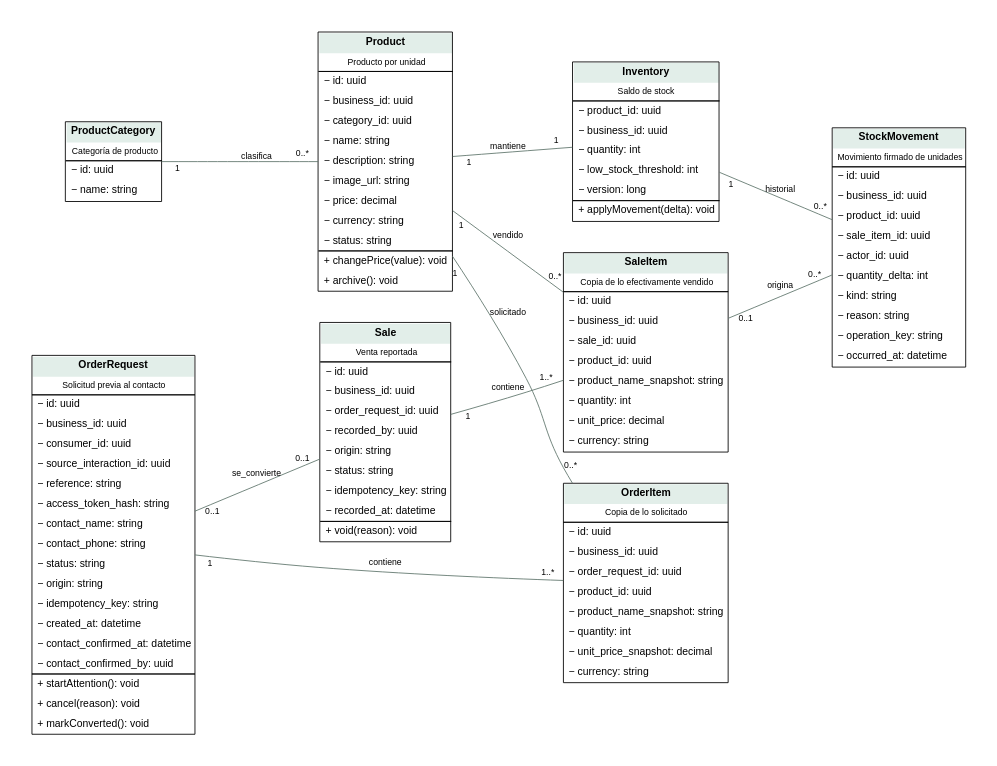
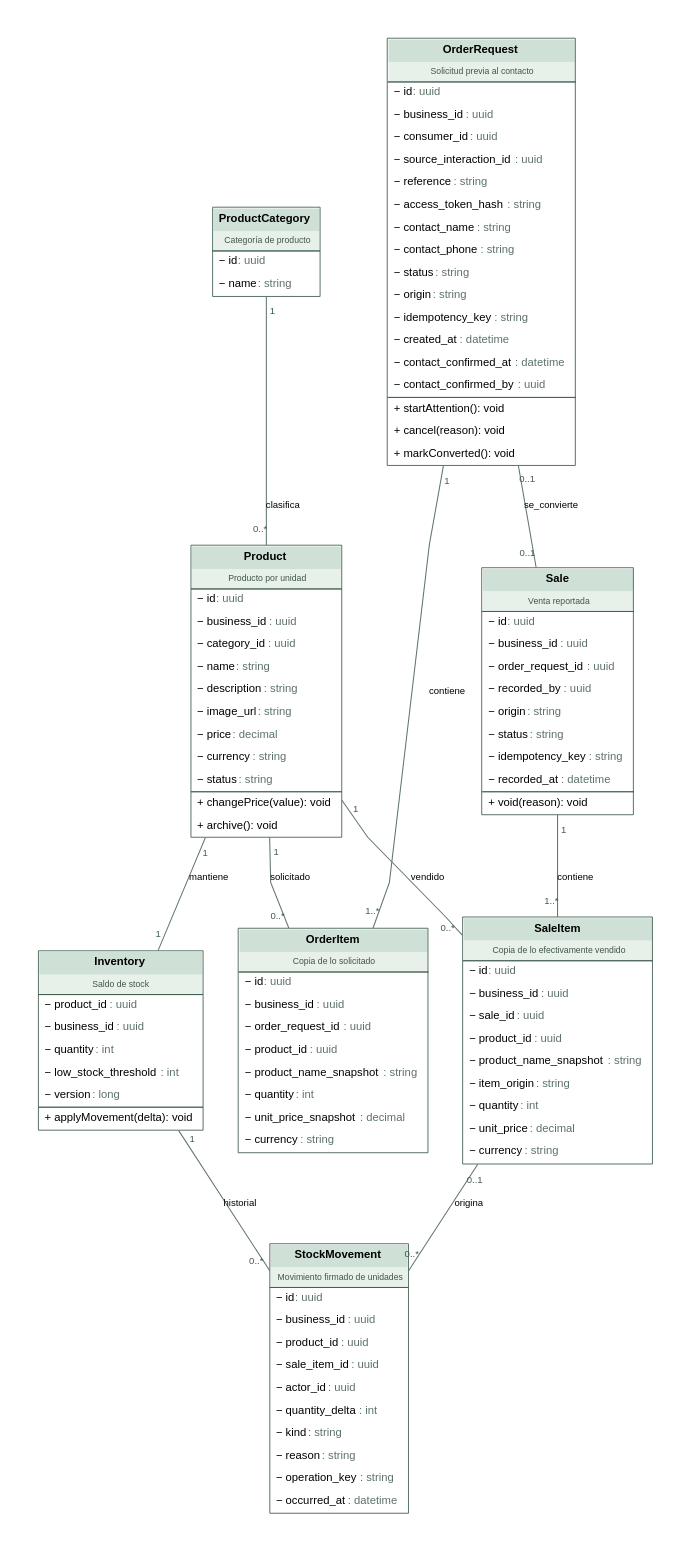
One commit to agustinlopez23/tesis changed the diagram in Doc/model/figures/UML-02-comercio.dot. Above: the diagram before and after it, drawn with Graphviz. The commit also changed 420 other files, not shown here.

```diff
--- a/Doc/model/figures/UML-02-comercio.dot
+++ b/Doc/model/figures/UML-02-comercio.dot
@@ -1,16 +1,16 @@
-digraph G { graph [rankdir=LR,bgcolor="white",pad=0.4,nodesep=0.5,ranksep=1.2]; node [shape=plain,fontname="Arial",fontsize=12]; edge [fontname="Arial",fontsize=10,color="#60756c"]; ProductCategory [label=<<TABLE BORDER="1" CELLBORDER="0" CELLSPACING="0" CELLPADDING="5"><TR><TD BGCOLOR="#e2eee9"><B>ProductCategory</B></TD></TR><TR><TD><FONT POINT-SIZE="10">Categoría de producto</FONT></TD></TR><HR/><TR><TD ALIGN="LEFT">− id: uuid</TD></TR><TR><TD ALIGN="LEFT">− name: string</TD></TR></TABLE>>];
-Product [label=<<TABLE BORDER="1" CELLBORDER="0" CELLSPACING="0" CELLPADDING="5"><TR><TD BGCOLOR="#e2eee9"><B>Product</B></TD></TR><TR><TD><FONT POINT-SIZE="10">Producto por unidad</FONT></TD></TR><HR/><TR><TD ALIGN="LEFT">− id: uuid</TD></TR><TR><TD ALIGN="LEFT">− business_id: uuid</TD></TR><TR><TD ALIGN="LEFT">− category_id: uuid</TD></TR><TR><TD ALIGN="LEFT">− name: string</TD></TR><TR><TD ALIGN="LEFT">− description: string</TD></TR><TR><TD ALIGN="LEFT">− image_url: string</TD></TR><TR><TD ALIGN="LEFT">− price: decimal</TD></TR><TR><TD ALIGN="LEFT">− currency: string</TD></TR><TR><TD ALIGN="LEFT">− status: string</TD></TR><HR/><TR><TD ALIGN="LEFT">+ changePrice(value): void</TD></TR><TR><TD ALIGN="LEFT">+ archive(): void</TD></TR></TABLE>>];
-Inventory [label=<<TABLE BORDER="1" CELLBORDER="0" CELLSPACING="0" CELLPADDING="5"><TR><TD BGCOLOR="#e2eee9"><B>Inventory</B></TD></TR><TR><TD><FONT POINT-SIZE="10">Saldo de stock</FONT></TD></TR><HR/><TR><TD ALIGN="LEFT">− product_id: uuid</TD></TR><TR><TD ALIGN="LEFT">− business_id: uuid</TD></TR><TR><TD ALIGN="LEFT">− quantity: int</TD></TR><TR><TD ALIGN="LEFT">− low_stock_threshold: int</TD></TR><TR><TD ALIGN="LEFT">− version: long</TD></TR><HR/><TR><TD ALIGN="LEFT">+ applyMovement(delta): void</TD></TR></TABLE>>];
-OrderRequest [label=<<TABLE BORDER="1" CELLBORDER="0" CELLSPACING="0" CELLPADDING="5"><TR><TD BGCOLOR="#e2eee9"><B>OrderRequest</B></TD></TR><TR><TD><FONT POINT-SIZE="10">Solicitud previa al contacto</FONT></TD></TR><HR/><TR><TD ALIGN="LEFT">− id: uuid</TD></TR><TR><TD ALIGN="LEFT">− business_id: uuid</TD></TR><TR><TD ALIGN="LEFT">− consumer_id: uuid</TD></TR><TR><TD ALIGN="LEFT">− source_interaction_id: uuid</TD></TR><TR><TD ALIGN="LEFT">− reference: string</TD></TR><TR><TD ALIGN="LEFT">− access_token_hash: string</TD></TR><TR><TD ALIGN="LEFT">− contact_name: string</TD></TR><TR><TD ALIGN="LEFT">− contact_phone: string</TD></TR><TR><TD ALIGN="LEFT">− status: string</TD></TR><TR><TD ALIGN="LEFT">− origin: string</TD></TR><TR><TD ALIGN="LEFT">− idempotency_key: string</TD></TR><TR><TD ALIGN="LEFT">− created_at: datetime</TD></TR><TR><TD ALIGN="LEFT">− contact_confirmed_at: datetime</TD></TR><TR><TD ALIGN="LEFT">− contact_confirmed_by: uuid</TD></TR><HR/><TR><TD ALIGN="LEFT">+ startAttention(): void</TD></TR><TR><TD ALIGN="LEFT">+ cancel(reason): void</TD></TR><TR><TD ALIGN="LEFT">+ markConverted(): void</TD></TR></TABLE>>];
-OrderItem [label=<<TABLE BORDER="1" CELLBORDER="0" CELLSPACING="0" CELLPADDING="5"><TR><TD BGCOLOR="#e2eee9"><B>OrderItem</B></TD></TR><TR><TD><FONT POINT-SIZE="10">Copia de lo solicitado</FONT></TD></TR><HR/><TR><TD ALIGN="LEFT">− id: uuid</TD></TR><TR><TD ALIGN="LEFT">− business_id: uuid</TD></TR><TR><TD ALIGN="LEFT">− order_request_id: uuid</TD></TR><TR><TD ALIGN="LEFT">− product_id: uuid</TD></TR><TR><TD ALIGN="LEFT">− product_name_snapshot: string</TD></TR><TR><TD ALIGN="LEFT">− quantity: int</TD></TR><TR><TD ALIGN="LEFT">− unit_price_snapshot: decimal</TD></TR><TR><TD ALIGN="LEFT">− currency: string</TD></TR></TABLE>>];
-Sale [label=<<TABLE BORDER="1" CELLBORDER="0" CELLSPACING="0" CELLPADDING="5"><TR><TD BGCOLOR="#e2eee9"><B>Sale</B></TD></TR><TR><TD><FONT POINT-SIZE="10">Venta reportada</FONT></TD></TR><HR/><TR><TD ALIGN="LEFT">− id: uuid</TD></TR><TR><TD ALIGN="LEFT">− business_id: uuid</TD></TR><TR><TD ALIGN="LEFT">− order_request_id: uuid</TD></TR><TR><TD ALIGN="LEFT">− recorded_by: uuid</TD></TR><TR><TD ALIGN="LEFT">− origin: string</TD></TR><TR><TD ALIGN="LEFT">− status: string</TD></TR><TR><TD ALIGN="LEFT">− idempotency_key: string</TD></TR><TR><TD ALIGN="LEFT">− recorded_at: datetime</TD></TR><HR/><TR><TD ALIGN="LEFT">+ void(reason): void</TD></TR></TABLE>>];
-SaleItem [label=<<TABLE BORDER="1" CELLBORDER="0" CELLSPACING="0" CELLPADDING="5"><TR><TD BGCOLOR="#e2eee9"><B>SaleItem</B></TD></TR><TR><TD><FONT POINT-SIZE="10">Copia de lo efectivamente vendido</FONT></TD></TR><HR/><TR><TD ALIGN="LEFT">− id: uuid</TD></TR><TR><TD ALIGN="LEFT">− business_id: uuid</TD></TR><TR><TD ALIGN="LEFT">− sale_id: uuid</TD></TR><TR><TD ALIGN="LEFT">− product_id: uuid</TD></TR><TR><TD ALIGN="LEFT">− product_name_snapshot: string</TD></TR><TR><TD ALIGN="LEFT">− quantity: int</TD></TR><TR><TD ALIGN="LEFT">− unit_price: decimal</TD></TR><TR><TD ALIGN="LEFT">− currency: string</TD></TR></TABLE>>];
-StockMovement [label=<<TABLE BORDER="1" CELLBORDER="0" CELLSPACING="0" CELLPADDING="5"><TR><TD BGCOLOR="#e2eee9"><B>StockMovement</B></TD></TR><TR><TD><FONT POINT-SIZE="10">Movimiento firmado de unidades</FONT></TD></TR><HR/><TR><TD ALIGN="LEFT">− id: uuid</TD></TR><TR><TD ALIGN="LEFT">− business_id: uuid</TD></TR><TR><TD ALIGN="LEFT">− product_id: uuid</TD></TR><TR><TD ALIGN="LEFT">− sale_item_id: uuid</TD></TR><TR><TD ALIGN="LEFT">− actor_id: uuid</TD></TR><TR><TD ALIGN="LEFT">− quantity_delta: int</TD></TR><TR><TD ALIGN="LEFT">− kind: string</TD></TR><TR><TD ALIGN="LEFT">− reason: string</TD></TR><TR><TD ALIGN="LEFT">− operation_key: string</TD></TR><TR><TD ALIGN="LEFT">− occurred_at: datetime</TD></TR></TABLE>>]; ProductCategory -> Product [dir=none,taillabel="1",headlabel="0..*",label="clasifica",labeldistance=2];
-Product -> Inventory [dir=none,taillabel="1",headlabel="1",label="mantiene",labeldistance=2];
-OrderRequest -> OrderItem [dir=none,taillabel="1",headlabel="1..*",label="contiene",labeldistance=2];
-Product -> OrderItem [dir=none,taillabel="1",headlabel="0..*",label="solicitado",labeldistance=2];
-OrderRequest -> Sale [dir=none,taillabel="0..1",headlabel="0..1",label="se_convierte",labeldistance=2];
-Sale -> SaleItem [dir=none,taillabel="1",headlabel="1..*",label="contiene",labeldistance=2];
-Product -> SaleItem [dir=none,taillabel="1",headlabel="0..*",label="vendido",labeldistance=2];
-Inventory -> StockMovement [dir=none,taillabel="1",headlabel="0..*",label="historial",labeldistance=2];
-SaleItem -> StockMovement [dir=none,taillabel="0..1",headlabel="0..*",label="origina",labeldistance=2]; }
+digraph G { graph [rankdir=TB,bgcolor="white",pad=0.5,nodesep=0.55,ranksep=1.1,splines=polyline,concentrate=false,fontname="Arial"]; node [shape=plain,fontname="Arial",fontsize=13]; edge [fontname="Arial",fontsize=11,color="#60756c",penwidth=1.2,arrowsize=1.1]; ProductCategory [label=<<TABLE BORDER="1" CELLBORDER="0" CELLSPACING="0" CELLPADDING="6" COLOR="#3f5d4e"><TR><TD BGCOLOR="#cfe0d6"><B>ProductCategory</B></TD></TR><TR><TD BGCOLOR="#e8f0ea"><FONT POINT-SIZE="10" COLOR="#40564a">Categoría de producto</FONT></TD></TR><HR/><TR><TD ALIGN="LEFT">− id<FONT COLOR="#5d7268"> : uuid</FONT></TD></TR><TR><TD ALIGN="LEFT">− name<FONT COLOR="#5d7268"> : string</FONT></TD></TR></TABLE>>];
+Product [label=<<TABLE BORDER="1" CELLBORDER="0" CELLSPACING="0" CELLPADDING="6" COLOR="#3f5d4e"><TR><TD BGCOLOR="#cfe0d6"><B>Product</B></TD></TR><TR><TD BGCOLOR="#e8f0ea"><FONT POINT-SIZE="10" COLOR="#40564a">Producto por unidad</FONT></TD></TR><HR/><TR><TD ALIGN="LEFT">− id<FONT COLOR="#5d7268"> : uuid</FONT></TD></TR><TR><TD ALIGN="LEFT">− business_id<FONT COLOR="#5d7268"> : uuid</FONT></TD></TR><TR><TD ALIGN="LEFT">− category_id<FONT COLOR="#5d7268"> : uuid</FONT></TD></TR><TR><TD ALIGN="LEFT">− name<FONT COLOR="#5d7268"> : string</FONT></TD></TR><TR><TD ALIGN="LEFT">− description<FONT COLOR="#5d7268"> : string</FONT></TD></TR><TR><TD ALIGN="LEFT">− image_url<FONT COLOR="#5d7268"> : string</FONT></TD></TR><TR><TD ALIGN="LEFT">− price<FONT COLOR="#5d7268"> : decimal</FONT></TD></TR><TR><TD ALIGN="LEFT">− currency<FONT COLOR="#5d7268"> : string</FONT></TD></TR><TR><TD ALIGN="LEFT">− status<FONT COLOR="#5d7268"> : string</FONT></TD></TR><HR/><TR><TD ALIGN="LEFT">+ changePrice(value): void</TD></TR><TR><TD ALIGN="LEFT">+ archive(): void</TD></TR></TABLE>>];
+Inventory [label=<<TABLE BORDER="1" CELLBORDER="0" CELLSPACING="0" CELLPADDING="6" COLOR="#3f5d4e"><TR><TD BGCOLOR="#cfe0d6"><B>Inventory</B></TD></TR><TR><TD BGCOLOR="#e8f0ea"><FONT POINT-SIZE="10" COLOR="#40564a">Saldo de stock</FONT></TD></TR><HR/><TR><TD ALIGN="LEFT">− product_id<FONT COLOR="#5d7268"> : uuid</FONT></TD></TR><TR><TD ALIGN="LEFT">− business_id<FONT COLOR="#5d7268"> : uuid</FONT></TD></TR><TR><TD ALIGN="LEFT">− quantity<FONT COLOR="#5d7268"> : int</FONT></TD></TR><TR><TD ALIGN="LEFT">− low_stock_threshold<FONT COLOR="#5d7268"> : int</FONT></TD></TR><TR><TD ALIGN="LEFT">− version<FONT COLOR="#5d7268"> : long</FONT></TD></TR><HR/><TR><TD ALIGN="LEFT">+ applyMovement(delta): void</TD></TR></TABLE>>];
+OrderRequest [label=<<TABLE BORDER="1" CELLBORDER="0" CELLSPACING="0" CELLPADDING="6" COLOR="#3f5d4e"><TR><TD BGCOLOR="#cfe0d6"><B>OrderRequest</B></TD></TR><TR><TD BGCOLOR="#e8f0ea"><FONT POINT-SIZE="10" COLOR="#40564a">Solicitud previa al contacto</FONT></TD></TR><HR/><TR><TD ALIGN="LEFT">− id<FONT COLOR="#5d7268"> : uuid</FONT></TD></TR><TR><TD ALIGN="LEFT">− business_id<FONT COLOR="#5d7268"> : uuid</FONT></TD></TR><TR><TD ALIGN="LEFT">− consumer_id<FONT COLOR="#5d7268"> : uuid</FONT></TD></TR><TR><TD ALIGN="LEFT">− source_interaction_id<FONT COLOR="#5d7268"> : uuid</FONT></TD></TR><TR><TD ALIGN="LEFT">− reference<FONT COLOR="#5d7268"> : string</FONT></TD></TR><TR><TD ALIGN="LEFT">− access_token_hash<FONT COLOR="#5d7268"> : string</FONT></TD></TR><TR><TD ALIGN="LEFT">− contact_name<FONT COLOR="#5d7268"> : string</FONT></TD></TR><TR><TD ALIGN="LEFT">− contact_phone<FONT COLOR="#5d7268"> : string</FONT></TD></TR><TR><TD ALIGN="LEFT">− status<FONT COLOR="#5d7268"> : string</FONT></TD></TR><TR><TD ALIGN="LEFT">− origin<FONT COLOR="#5d7268"> : string</FONT></TD></TR><TR><TD ALIGN="LEFT">− idempotency_key<FONT COLOR="#5d7268"> : string</FONT></TD></TR><TR><TD ALIGN="LEFT">− created_at<FONT COLOR="#5d7268"> : datetime</FONT></TD></TR><TR><TD ALIGN="LEFT">− contact_confirmed_at<FONT COLOR="#5d7268"> : datetime</FONT></TD></TR><TR><TD ALIGN="LEFT">− contact_confirmed_by<FONT COLOR="#5d7268"> : uuid</FONT></TD></TR><HR/><TR><TD ALIGN="LEFT">+ startAttention(): void</TD></TR><TR><TD ALIGN="LEFT">+ cancel(reason): void</TD></TR><TR><TD ALIGN="LEFT">+ markConverted(): void</TD></TR></TABLE>>];
+OrderItem [label=<<TABLE BORDER="1" CELLBORDER="0" CELLSPACING="0" CELLPADDING="6" COLOR="#3f5d4e"><TR><TD BGCOLOR="#cfe0d6"><B>OrderItem</B></TD></TR><TR><TD BGCOLOR="#e8f0ea"><FONT POINT-SIZE="10" COLOR="#40564a">Copia de lo solicitado</FONT></TD></TR><HR/><TR><TD ALIGN="LEFT">− id<FONT COLOR="#5d7268"> : uuid</FONT></TD></TR><TR><TD ALIGN="LEFT">− business_id<FONT COLOR="#5d7268"> : uuid</FONT></TD></TR><TR><TD ALIGN="LEFT">− order_request_id<FONT COLOR="#5d7268"> : uuid</FONT></TD></TR><TR><TD ALIGN="LEFT">− product_id<FONT COLOR="#5d7268"> : uuid</FONT></TD></TR><TR><TD ALIGN="LEFT">− product_name_snapshot<FONT COLOR="#5d7268"> : string</FONT></TD></TR><TR><TD ALIGN="LEFT">− quantity<FONT COLOR="#5d7268"> : int</FONT></TD></TR><TR><TD ALIGN="LEFT">− unit_price_snapshot<FONT COLOR="#5d7268"> : decimal</FONT></TD></TR><TR><TD ALIGN="LEFT">− currency<FONT COLOR="#5d7268"> : string</FONT></TD></TR></TABLE>>];
+Sale [label=<<TABLE BORDER="1" CELLBORDER="0" CELLSPACING="0" CELLPADDING="6" COLOR="#3f5d4e"><TR><TD BGCOLOR="#cfe0d6"><B>Sale</B></TD></TR><TR><TD BGCOLOR="#e8f0ea"><FONT POINT-SIZE="10" COLOR="#40564a">Venta reportada</FONT></TD></TR><HR/><TR><TD ALIGN="LEFT">− id<FONT COLOR="#5d7268"> : uuid</FONT></TD></TR><TR><TD ALIGN="LEFT">− business_id<FONT COLOR="#5d7268"> : uuid</FONT></TD></TR><TR><TD ALIGN="LEFT">− order_request_id<FONT COLOR="#5d7268"> : uuid</FONT></TD></TR><TR><TD ALIGN="LEFT">− recorded_by<FONT COLOR="#5d7268"> : uuid</FONT></TD></TR><TR><TD ALIGN="LEFT">− origin<FONT COLOR="#5d7268"> : string</FONT></TD></TR><TR><TD ALIGN="LEFT">− status<FONT COLOR="#5d7268"> : string</FONT></TD></TR><TR><TD ALIGN="LEFT">− idempotency_key<FONT COLOR="#5d7268"> : string</FONT></TD></TR><TR><TD ALIGN="LEFT">− recorded_at<FONT COLOR="#5d7268"> : datetime</FONT></TD></TR><HR/><TR><TD ALIGN="LEFT">+ void(reason): void</TD></TR></TABLE>>];
+SaleItem [label=<<TABLE BORDER="1" CELLBORDER="0" CELLSPACING="0" CELLPADDING="6" COLOR="#3f5d4e"><TR><TD BGCOLOR="#cfe0d6"><B>SaleItem</B></TD></TR><TR><TD BGCOLOR="#e8f0ea"><FONT POINT-SIZE="10" COLOR="#40564a">Copia de lo efectivamente vendido</FONT></TD></TR><HR/><TR><TD ALIGN="LEFT">− id<FONT COLOR="#5d7268"> : uuid</FONT></TD></TR><TR><TD ALIGN="LEFT">− business_id<FONT COLOR="#5d7268"> : uuid</FONT></TD></TR><TR><TD ALIGN="LEFT">− sale_id<FONT COLOR="#5d7268"> : uuid</FONT></TD></TR><TR><TD ALIGN="LEFT">− product_id<FONT COLOR="#5d7268"> : uuid</FONT></TD></TR><TR><TD ALIGN="LEFT">− product_name_snapshot<FONT COLOR="#5d7268"> : string</FONT></TD></TR><TR><TD ALIGN="LEFT">− item_origin<FONT COLOR="#5d7268"> : string</FONT></TD></TR><TR><TD ALIGN="LEFT">− quantity<FONT COLOR="#5d7268"> : int</FONT></TD></TR><TR><TD ALIGN="LEFT">− unit_price<FONT COLOR="#5d7268"> : decimal</FONT></TD></TR><TR><TD ALIGN="LEFT">− currency<FONT COLOR="#5d7268"> : string</FONT></TD></TR></TABLE>>];
+StockMovement [label=<<TABLE BORDER="1" CELLBORDER="0" CELLSPACING="0" CELLPADDING="6" COLOR="#3f5d4e"><TR><TD BGCOLOR="#cfe0d6"><B>StockMovement</B></TD></TR><TR><TD BGCOLOR="#e8f0ea"><FONT POINT-SIZE="10" COLOR="#40564a">Movimiento firmado de unidades</FONT></TD></TR><HR/><TR><TD ALIGN="LEFT">− id<FONT COLOR="#5d7268"> : uuid</FONT></TD></TR><TR><TD ALIGN="LEFT">− business_id<FONT COLOR="#5d7268"> : uuid</FONT></TD></TR><TR><TD ALIGN="LEFT">− product_id<FONT COLOR="#5d7268"> : uuid</FONT></TD></TR><TR><TD ALIGN="LEFT">− sale_item_id<FONT COLOR="#5d7268"> : uuid</FONT></TD></TR><TR><TD ALIGN="LEFT">− actor_id<FONT COLOR="#5d7268"> : uuid</FONT></TD></TR><TR><TD ALIGN="LEFT">− quantity_delta<FONT COLOR="#5d7268"> : int</FONT></TD></TR><TR><TD ALIGN="LEFT">− kind<FONT COLOR="#5d7268"> : string</FONT></TD></TR><TR><TD ALIGN="LEFT">− reason<FONT COLOR="#5d7268"> : string</FONT></TD></TR><TR><TD ALIGN="LEFT">− operation_key<FONT COLOR="#5d7268"> : string</FONT></TD></TR><TR><TD ALIGN="LEFT">− occurred_at<FONT COLOR="#5d7268"> : datetime</FONT></TD></TR></TABLE>>]; ProductCategory -> Product [dir=none,taillabel="1",headlabel="0..*",label="clasifica",labeldistance=1.9,labelangle=22,labelfontsize=11,labelfontcolor="#3c5a4b"];
+Product -> Inventory [dir=none,taillabel="1",headlabel="1",label="mantiene",labeldistance=1.9,labelangle=22,labelfontsize=11,labelfontcolor="#3c5a4b"];
+OrderRequest -> OrderItem [dir=none,taillabel="1",headlabel="1..*",label="contiene",labeldistance=1.9,labelangle=22,labelfontsize=11,labelfontcolor="#3c5a4b"];
+Product -> OrderItem [dir=none,taillabel="1",headlabel="0..*",label="solicitado",labeldistance=1.9,labelangle=22,labelfontsize=11,labelfontcolor="#3c5a4b"];
+OrderRequest -> Sale [dir=none,taillabel="0..1",headlabel="0..1",label="se_convierte",labeldistance=1.9,labelangle=22,labelfontsize=11,labelfontcolor="#3c5a4b"];
+Sale -> SaleItem [dir=none,taillabel="1",headlabel="1..*",label="contiene",labeldistance=1.9,labelangle=22,labelfontsize=11,labelfontcolor="#3c5a4b"];
+Product -> SaleItem [dir=none,taillabel="1",headlabel="0..*",label="vendido",labeldistance=1.9,labelangle=22,labelfontsize=11,labelfontcolor="#3c5a4b"];
+Inventory -> StockMovement [dir=none,taillabel="1",headlabel="0..*",label="historial",labeldistance=1.9,labelangle=22,labelfontsize=11,labelfontcolor="#3c5a4b"];
+SaleItem -> StockMovement [dir=none,taillabel="0..1",headlabel="0..*",label="origina",labeldistance=1.9,labelangle=22,labelfontsize=11,labelfontcolor="#3c5a4b"]; }
```
